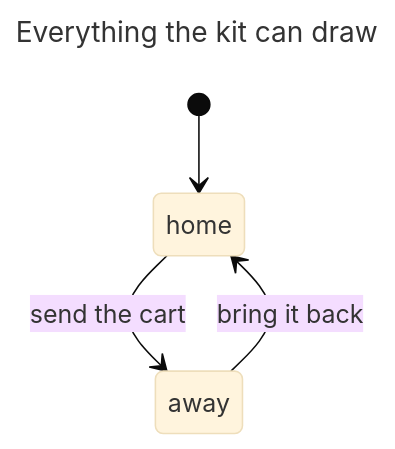
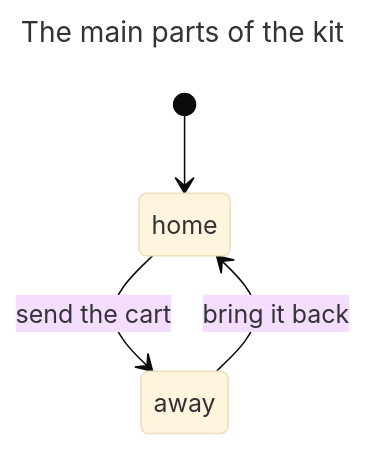
The diagram in tinycharts/examples/kit-catalogue.mmd (tunglt1810/tinycharts), drawn with Mermaid (base theme) before and after one commit. The commit also changed 103 other files, not shown here.

```diff
--- a/tinycharts/examples/kit-catalogue.mmd
+++ b/tinycharts/examples/kit-catalogue.mmd
@@ -1,7 +1,7 @@
 ---
-title: Everything the kit can draw
+title: The main parts of the kit
 ---
 stateDiagram-v2
   [*] --> home
   home --> away: send the cart
   away --> home: bring it back
```
